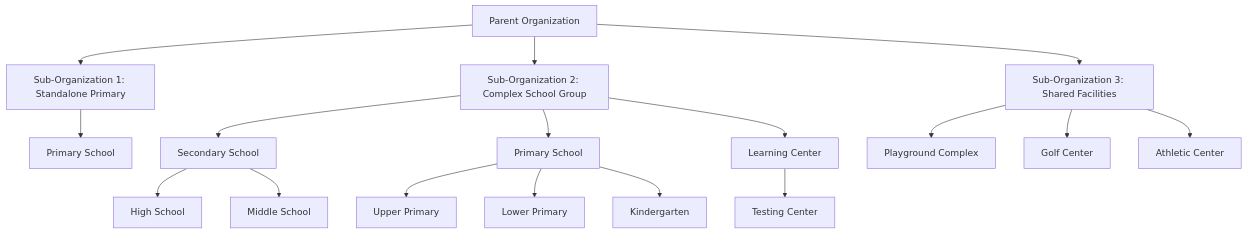
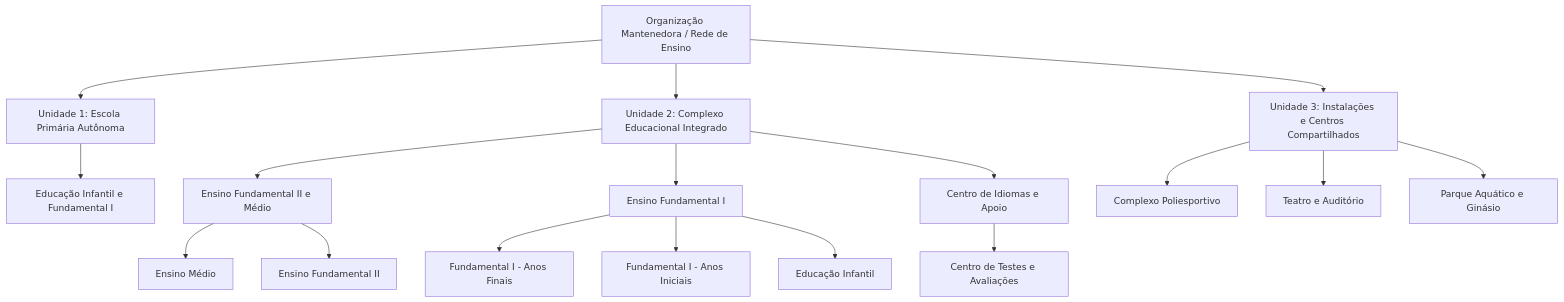
One commit to andradezdev/gestao-educacional-2 changed the diagram in README.md. Above: the diagram before and after it, drawn with Mermaid. The commit also changed other lines of this file and 23 other files, not shown here.

````diff
--- a/README.md
+++ b/README.md
@@ -59,47 +69,47 @@
 ```mermaid
 graph TD
-    ORG[Parent Organization]
+    ORG[Organização Mantenedora / Rede de Ensino]
 
-    SO1[Sub-Organization 1: Standalone Primary]
-    SO2[Sub-Organization 2: Complex School Group]
-    SO3[Sub-Organization 3: Shared Facilities]
+    SO1[Unidade 1: Escola Primária Autônoma]
+    SO2[Unidade 2: Complexo Educacional Integrado]
+    SO3[Unidade 3: Instalações e Centros Compartilhados]
 
-    SO1_PRI[Primary School]
+    SO1_PRI[Educação Infantil e Fundamental I]
 
-    SO2_SEC[Secondary School]
-    SO2_PRI[Primary School]
-    SO2_LC[Learning Center]
+    SO2_SEC[Ensino Fundamental II e Médio]
+    SO2_PRI[Ensino Fundamental I]
+    SO2_LC[Centro de Idiomas e Apoio]
 
-    SO3_PLAY[Playground Complex]
-    SO3_GOLF[Golf Center]
-    SO3_GYM[Athletic Center]
+    SO3_PLAY[Complexo Poliesportivo]
+    SO3_THEATRE[Teatro e Auditório]
+    SO3_GYM[Parque Aquático e Ginásio]
 
-    SO2_HS[High School]
-    SO2_MS[Middle School]
+    SO2_HS[Ensino Médio]
+    SO2_MS[Ensino Fundamental II]
 
-    SO2_UP[Upper Primary]
-    SO2_LP[Lower Primary]
-    SO2_KG[Kindergarten]
+    SO2_UP[Fundamental I - Anos Finais]
+    SO2_LP[Fundamental I - Anos Iniciais]
+    SO2_KG[Educação Infantil]
 
-    SO2_TC[Testing Center]
+    SO2_TC[Centro de Testes e Avaliações]
 
     ORG --> SO1
     ORG --> SO2
     ORG --> SO3
 
     SO1 --> SO1_PRI
 
     SO2 --> SO2_SEC
     SO2 --> SO2_PRI
     SO2 --> SO2_LC
     SO2_SEC --> SO2_HS
     SO2_SEC --> SO2_MS
     SO2_PRI --> SO2_UP
     SO2_PRI --> SO2_LP
     SO2_PRI --> SO2_KG
     SO2_LC --> SO2_TC
 
     SO3 --> SO3_PLAY
-    SO3 --> SO3_GOLF
+    SO3 --> SO3_THEATRE
     SO3 --> SO3_GYM
 ```
````
